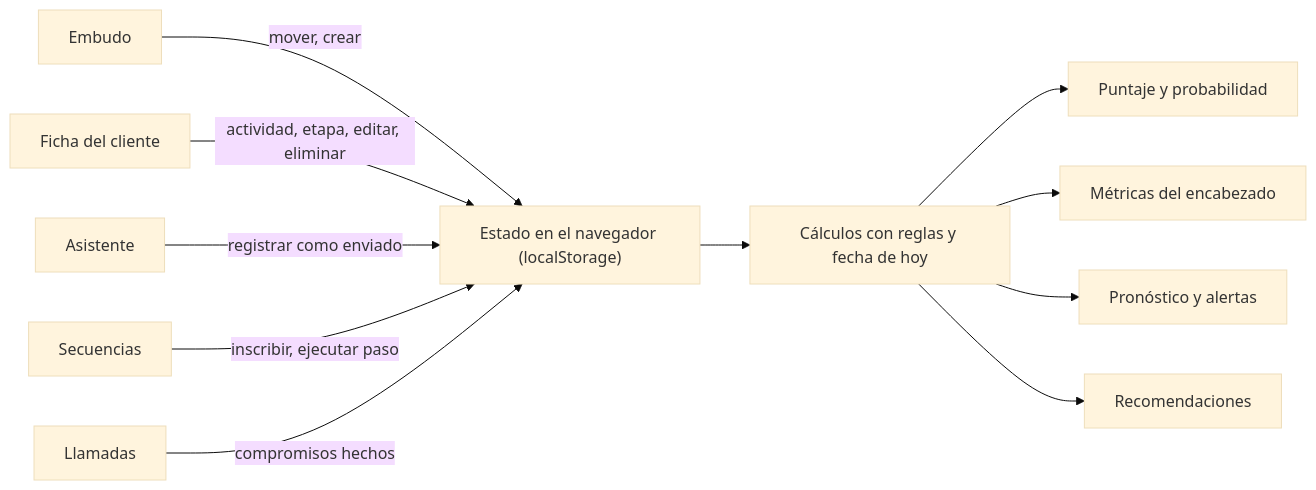
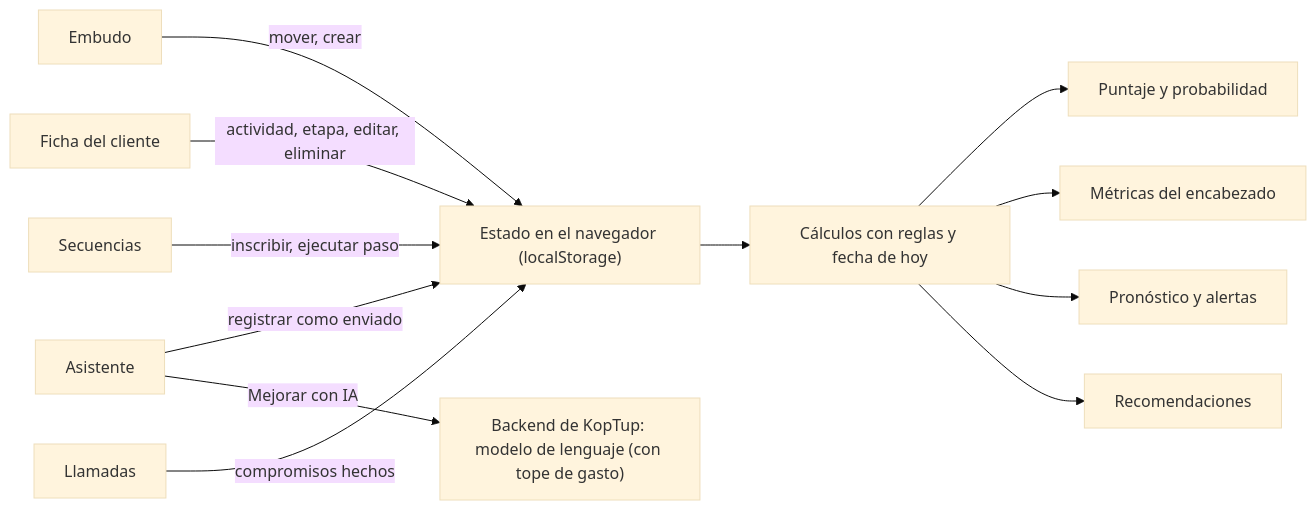
The diagram in docs/wiki/Guia-Demo-crm-ia.md (ronalc90/koptup), drawn with Mermaid (base theme) before and after one commit. The commit also changed other lines of this file and 30 other files, not shown here.

````diff
--- a/docs/wiki/Guia-Demo-crm-ia.md
+++ b/docs/wiki/Guia-Demo-crm-ia.md
@@ -143,13 +144,14 @@
 ```mermaid
 flowchart LR
     S["Estado en el navegador (localStorage)"] --> C["Cálculos con reglas y fecha de hoy"]
     C --> P["Puntaje y probabilidad"]
     C --> M["Métricas del encabezado"]
     C --> F["Pronóstico y alertas"]
     C --> R["Recomendaciones"]
     E["Embudo"] -- "mover, crear" --> S
     H["Ficha del cliente"] -- "actividad, etapa, editar, eliminar" --> S
     A["Asistente"] -- "registrar como enviado" --> S
+    A -- "Mejorar con IA" --> IA["Backend de KopTup: modelo de lenguaje (con tope de gasto)"]
     Q["Secuencias"] -- "inscribir, ejecutar paso" --> S
     L["Llamadas"] -- "compromisos hechos" --> S
 ```
````
